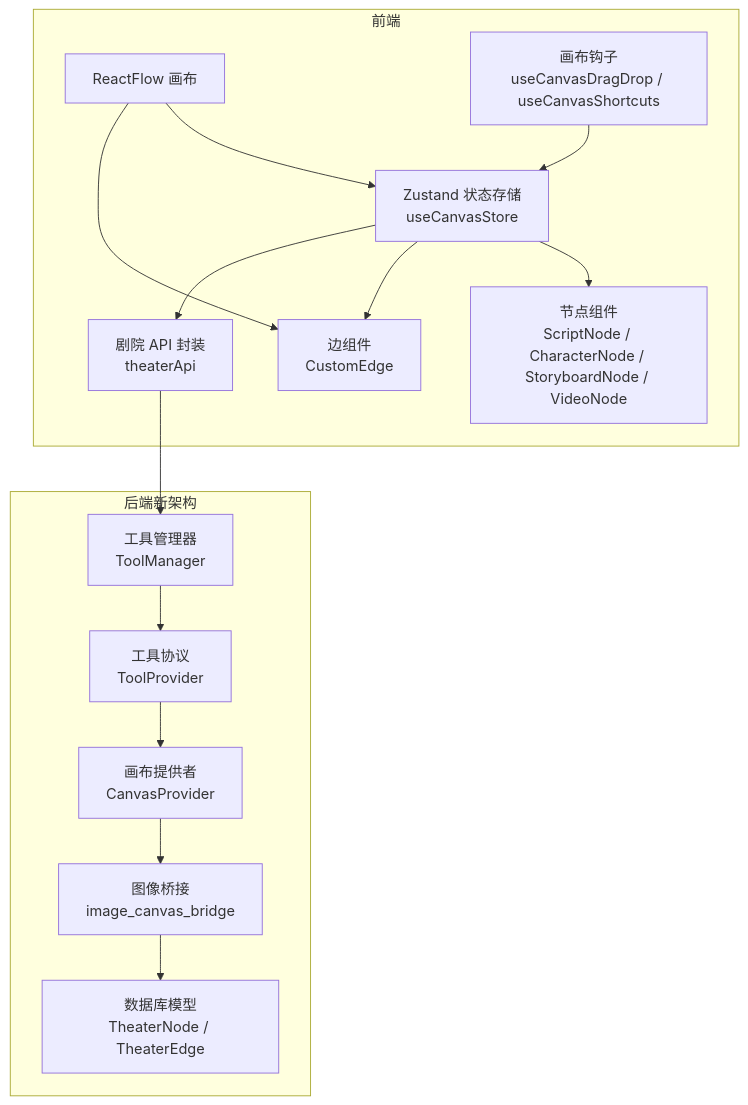
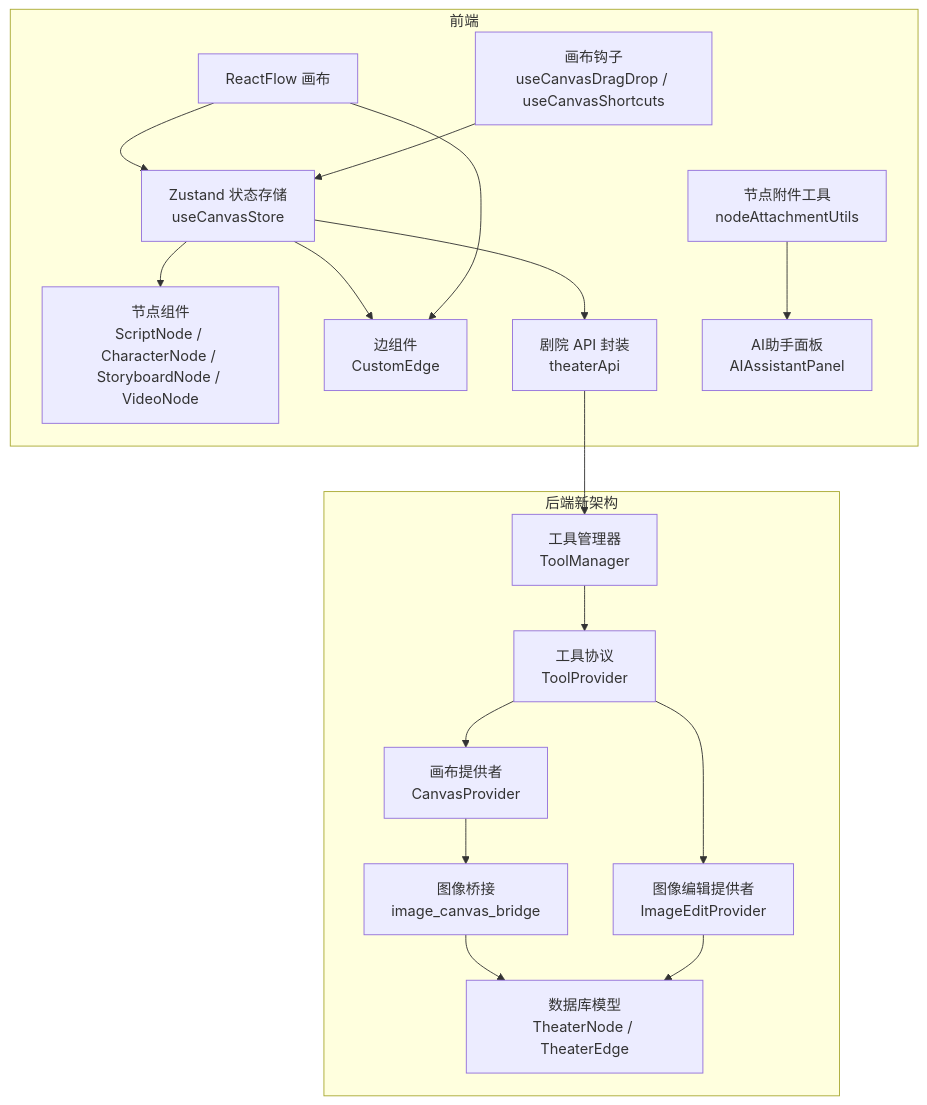
One commit to KunLabAI/KunFlix changed the first of 11 diagrams in .qoder/repowiki/zh/content/后端服务架构/业务服务层/智能体执行服务/画布工具集成.md. Above: the diagram before and after it, drawn with Mermaid. The commit also changed other lines of this file and 10 other files, not shown here.

First line of the commit message:
feat(gemini): 新增Gemini Nano Banana图像生成功能及编辑支持

````diff
--- a/.qoder/repowiki/zh/content/后端服务架构/业务服务层/智能体执行服务/画布工具集成.md
+++ b/.qoder/repowiki/zh/content/后端服务架构/业务服务层/智能体执行服务/画布工具集成.md
@@ -57,29 +63,35 @@
 ```mermaid
 graph TB
 subgraph "前端"
 RF["ReactFlow 画布"]
 Store["Zustand 状态存储<br/>useCanvasStore"]
 Nodes["节点组件<br/>ScriptNode / CharacterNode / StoryboardNode / VideoNode"]
 Edges["边组件<br/>CustomEdge"]
 Hooks["画布钩子<br/>useCanvasDragDrop / useCanvasShortcuts"]
 API["剧院 API 封装<br/>theaterApi"]
+AttachmentUtils["节点附件工具<br/>nodeAttachmentUtils"]
+AIAssistant["AI助手面板<br/>AIAssistantPanel"]
 end
 subgraph "后端新架构"
 TM["工具管理器<br/>ToolManager"]
 TP["工具协议<br/>ToolProvider"]
 CP["画布提供者<br/>CanvasProvider"]
+IEP["图像编辑提供者<br/>ImageEditProvider"]
 ICB["图像桥接<br/>image_canvas_bridge"]
 DB["数据库模型<br/>TheaterNode / TheaterEdge"]
 end
 RF --> Store
 Store --> Nodes
 Store --> Edges
 RF --> Edges
 Hooks --> Store
 Store --> API
 API --> TM
 TM --> TP
 TP --> CP
+TP --> IEP
 CP --> ICB
 ICB --> DB
+AttachmentUtils --> AIAssistant
+IEP --> DB
 ```
````
